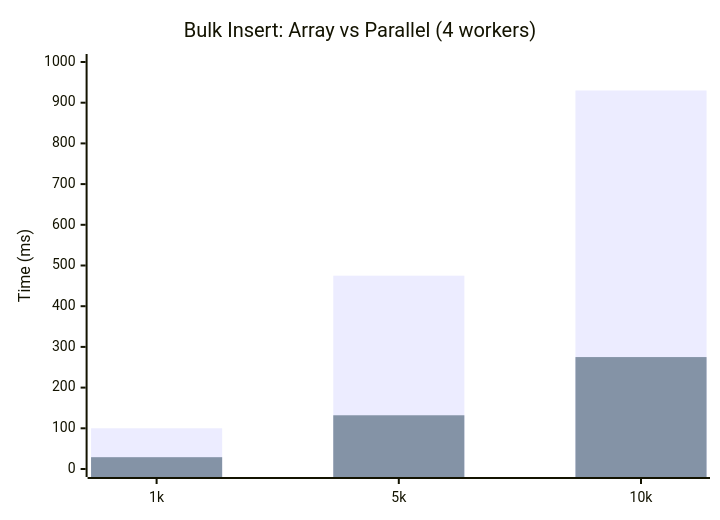
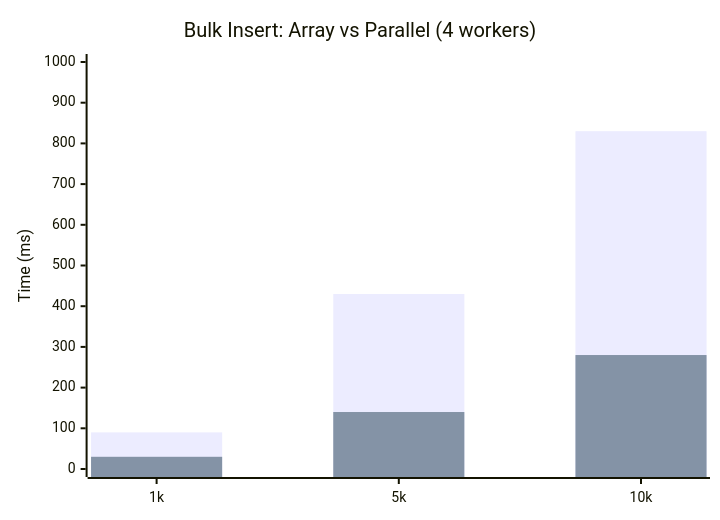
The first of 3 diagrams in native/doc/performance_comparison.md (cesar-carlos/dart_odbc_fast), drawn with Mermaid before and after one commit. The commit also changed other lines of this file and 3 other files, not shown here.

````diff
--- a/native/doc/performance_comparison.md
+++ b/native/doc/performance_comparison.md
@@ -32,8 +34,8 @@
 ```mermaid
 xychart-beta
     title "Bulk Insert: Array vs Parallel (4 workers)"
     x-axis [1k, 5k, 10k]
     y-axis "Time (ms)" 0 --> 1000
-    bar [100, 475, 930]
-    bar [29, 132, 275]
+    bar [90, 430, 830]
+    bar [30, 140, 280]
 ```
````
